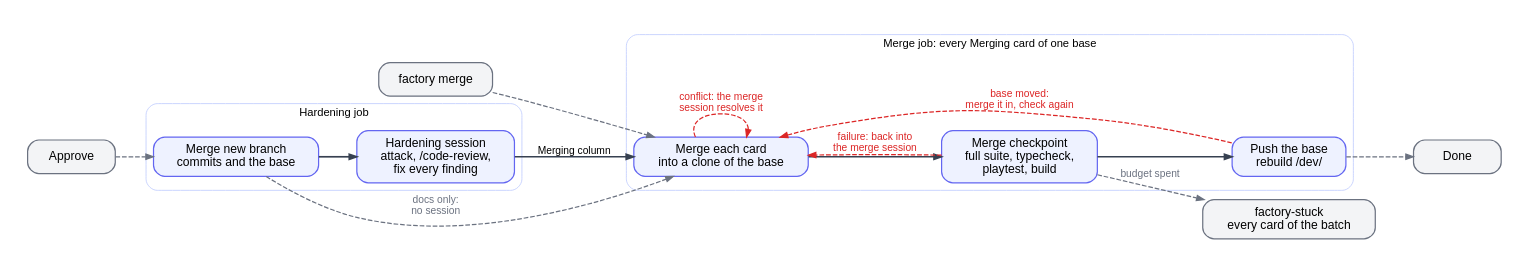
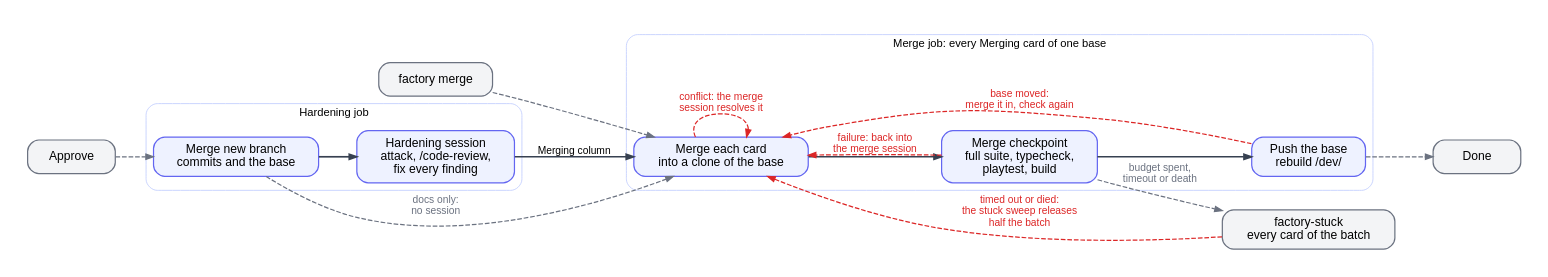
The diagram in factory/docs/diagrams/hardening.dot (btseytlin/road-machiners), drawn with Graphviz before and after one commit. The commit also changed 6 other files, not shown here.

Commit message:
The spec describes the stuck sweep, its records and the half-batch merge retry

```diff
--- a/factory/docs/diagrams/hardening.dot
+++ b/factory/docs/diagrams/hardening.dot
@@ -1,32 +1,33 @@
 // Hardening and Merging columns. One hardening session reviews and fixes an approved card. The merge queue checks every waiting card merged together before the base takes them.
 // Red: loops back. Grey: leaves the column or enters from outside.
 digraph hardening {
   rankdir=LR; nodesep=0.35; ranksep=0.55; bgcolor=white; pad=0.3;
   node [shape=box, style="rounded,filled", fillcolor="#eef2ff", color="#6366f1", fontname="Helvetica", fontsize=13, margin="0.2,0.1", penwidth=1.3, width=1.3];
   edge [color="#374151", penwidth=1.8, arrowsize=0.8, fontname="Helvetica", fontsize=11];
   subgraph cluster_harden {
     label="Hardening job"; fontname="Helvetica"; fontsize=12; color="#c7d2fe"; style=rounded;
     HM [label="Merge new branch\ncommits and the base"]; HH [label="Hardening session\nattack, /code-review,\nfix every finding"];
     HM -> HH [weight=100];
   }
   subgraph cluster_merge {
     label="Merge job: every Merging card of one base"; fontname="Helvetica"; fontsize=12; color="#c7d2fe"; style=rounded;
     MM [label="Merge each card\ninto a clone of the base"]; MC [label="Merge checkpoint\nfull suite, typecheck,\nplaytest, build"]; MP [label="Push the base\nrebuild /dev/"];
     MM -> MC -> MP [weight=100];
   }
   HH -> MM [label="Merging column"];
   XA [label="Approve", fillcolor="#f3f4f6", color="#6b7280"];
   XO [label="factory merge", fillcolor="#f3f4f6", color="#6b7280"];
   XS [label="factory-stuck\nevery card of the batch", fillcolor="#f3f4f6", color="#6b7280"];
   XN [label="Done", fillcolor="#f3f4f6", color="#6b7280"];
   edge [color="#dc2626", fontcolor="#dc2626", style=dashed, penwidth=1.3];
   MM -> MM [label="conflict: the merge\nsession resolves it"];
   MC -> MM [label="failure: back into\nthe merge session"];
   MP -> MM [label="base moved:\nmerge it in, check again"];
+  XS -> MM [label="timed out or died:\nthe stuck sweep releases\nhalf the batch"];
   edge [color="#6b7280", fontcolor="#6b7280"];
   XA -> HM;
   HM -> MM [label="docs only:\nno session"];
   XO -> MM;
-  MC -> XS [label="budget spent"];
+  MC -> XS [label="budget spent,\ntimeout or death"];
   MP -> XN;
 }
```
